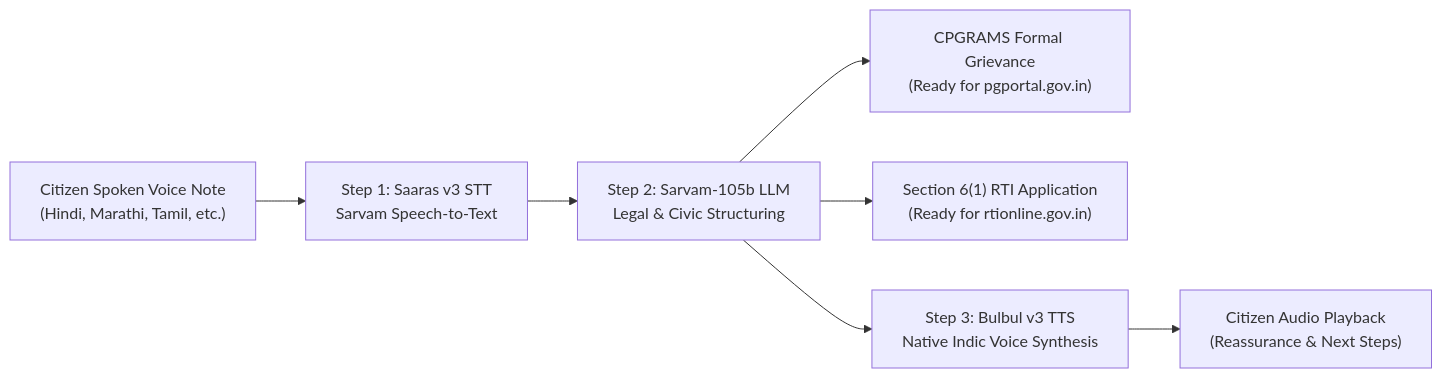
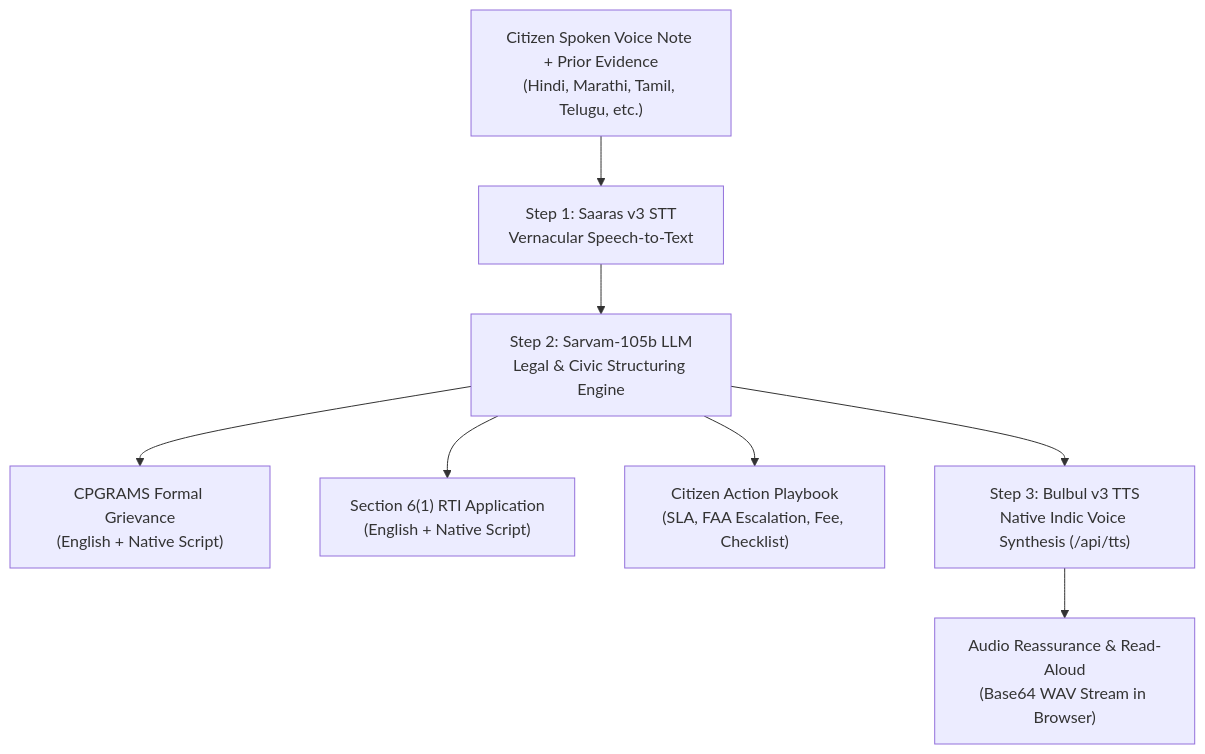
One commit to Aaryan89/sarvam-buildalong changed the diagram in README.md. Above: the diagram before and after it, drawn with Mermaid. The commit also changed other lines of this file and 3 other files, not shown here.

Commit message:
feat: Add Grounded RTI, Bilateral Translation, Citizen Playbook, Official Print/PDF & Pipeline Telemetry

````diff
--- a/README.md
+++ b/README.md
@@ -28,9 +29,10 @@
 ```mermaid
-flowchart LR
-    A["Citizen Spoken Voice Note<br/>(Hindi, Marathi, Tamil, etc.)"] --> B["Step 1: Saaras v3 STT<br/>Sarvam Speech-to-Text"]
-    B --> C["Step 2: Sarvam-105b LLM<br/>Legal & Civic Structuring"]
-    C --> D["CPGRAMS Formal Grievance<br/>(Ready for pgportal.gov.in)"]
-    C --> E["Section 6(1) RTI Application<br/>(Ready for rtionline.gov.in)"]
-    C --> F["Step 3: Bulbul v3 TTS<br/>Native Indic Voice Synthesis"]
-    F --> G["Citizen Audio Playback<br/>(Reassurance & Next Steps)"]
+flowchart TD
+    A["Citizen Spoken Voice Note + Prior Evidence<br/>(Hindi, Marathi, Tamil, Telugu, etc.)"] --> B["Step 1: Saaras v3 STT<br/>Vernacular Speech-to-Text"]
+    B --> C["Step 2: Sarvam-105b LLM<br/>Legal & Civic Structuring Engine"]
+    C --> D["CPGRAMS Formal Grievance<br/>(English + Native Script)"]
+    C --> E["Section 6(1) RTI Application<br/>(English + Native Script)"]
+    C --> F["Citizen Action Playbook<br/>(SLA, FAA Escalation, Fee, Checklist)"]
+    C --> G["Step 3: Bulbul v3 TTS<br/>Native Indic Voice Synthesis (/api/tts)"]
+    G --> H["Audio Reassurance & Read-Aloud<br/>(Base64 WAV Stream in Browser)"]
 ```
````
